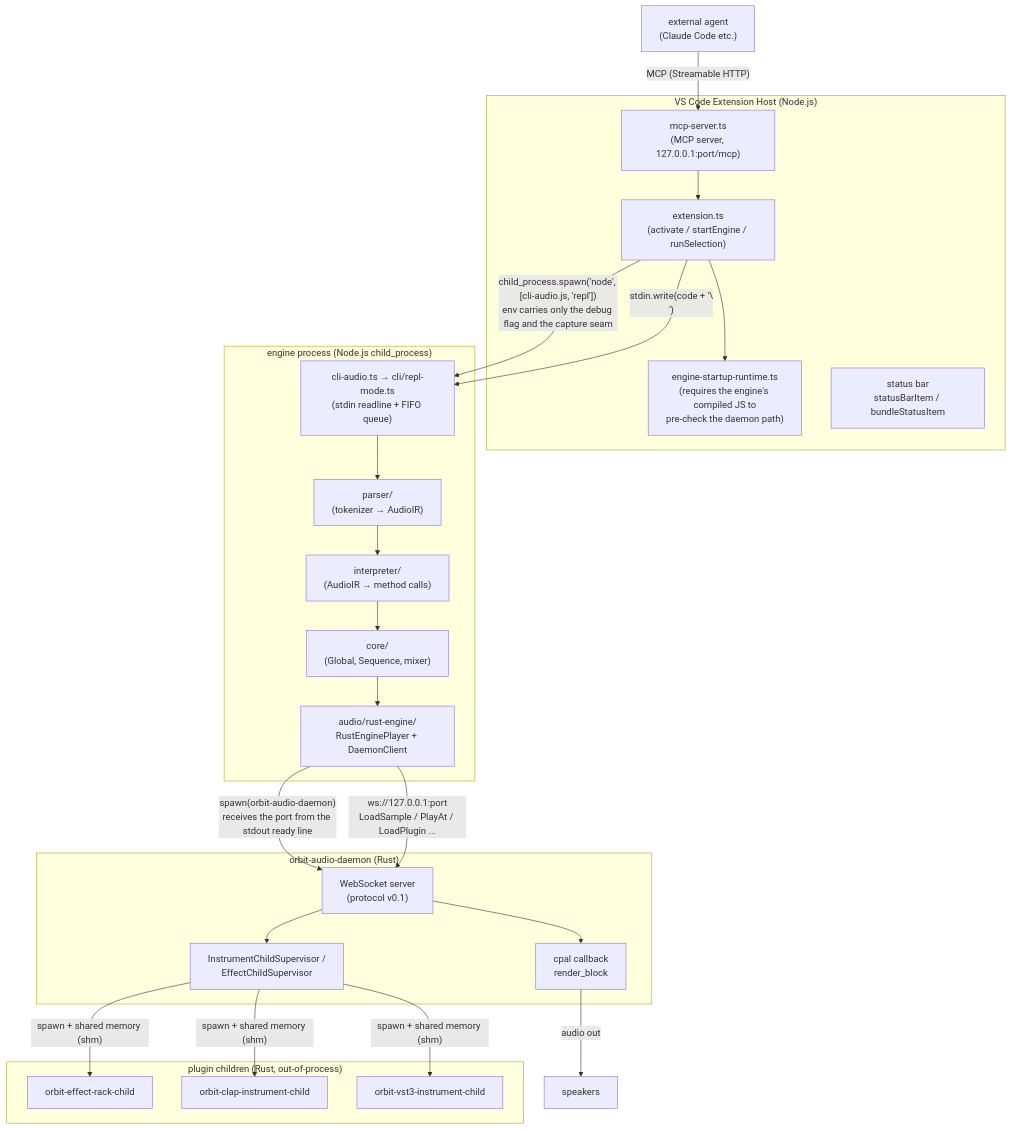
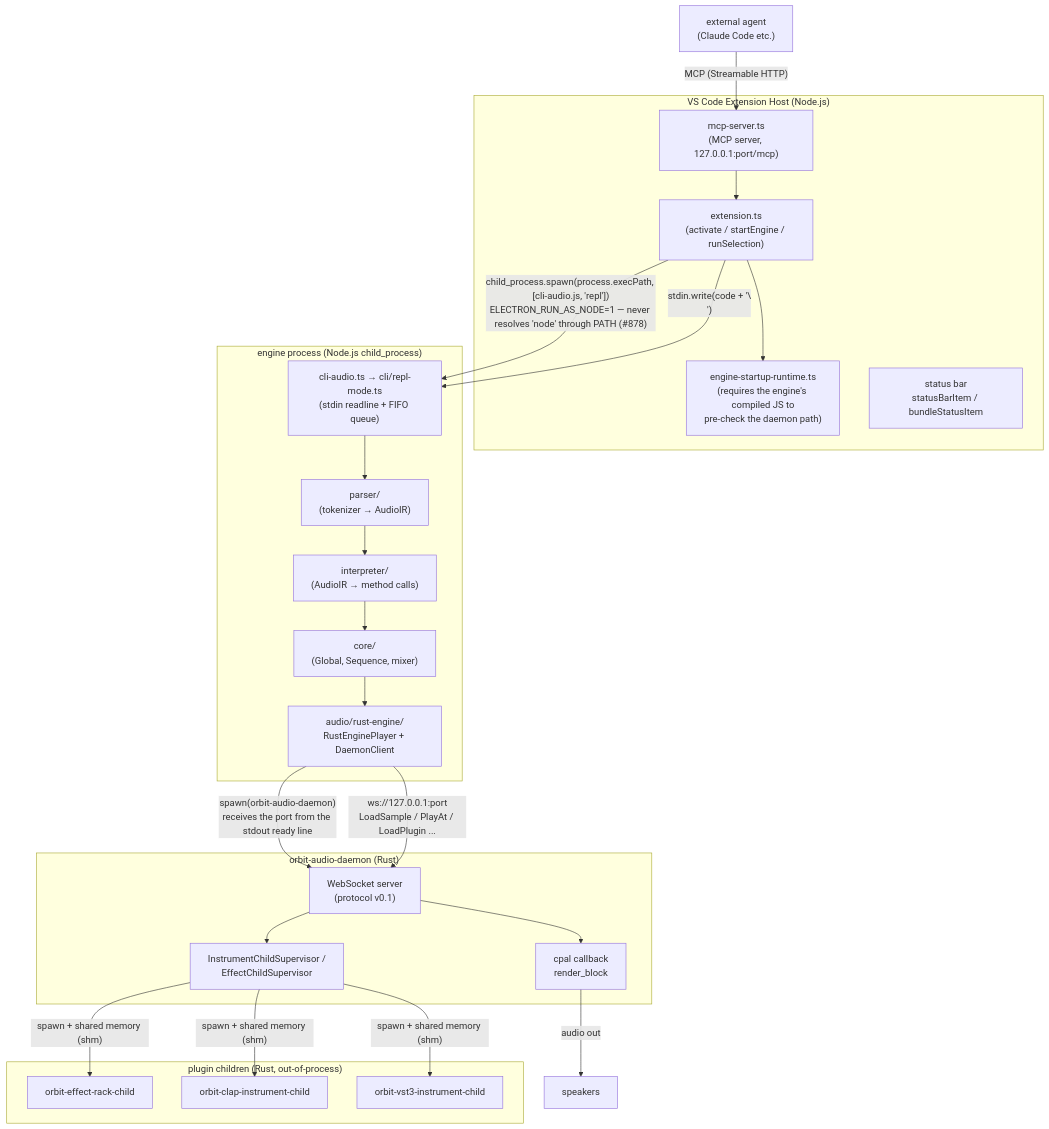
One commit to signalcompose/orbitscore changed the first of 2 diagrams in sites/dev/en/orientation/architecture-overview.md. Above: the diagram before and after it, drawn with Mermaid. The commit also changed other lines of this file and 20 other files, not shown here.

First line of the commit message:
fix(extension): start the engine with VS Code's own Node instead of PATH

````diff
--- a/sites/dev/en/orientation/architecture-overview.md
+++ b/sites/dev/en/orientation/architecture-overview.md
@@ -29,44 +29,44 @@
 ```mermaid
 graph TD
   subgraph "VS Code Extension Host (Node.js)"
     EXT["extension.ts\n(activate / startEngine / runSelection)"]
     MCP["mcp-server.ts\n(MCP server, 127.0.0.1:port/mcp)"]
     RESOLVER["engine-startup-runtime.ts\n(requires the engine's compiled JS to\npre-check the daemon path)"]
     STATUS["status bar\nstatusBarItem / bundleStatusItem"]
   end
 
   subgraph "engine process (Node.js child_process)"
     CLI["cli-audio.ts → cli/repl-mode.ts\n(stdin readline + FIFO queue)"]
     PARSER["parser/\n(tokenizer → AudioIR)"]
     INTERP["interpreter/\n(AudioIR → method calls)"]
     CORE["core/\n(Global, Sequence, mixer)"]
     PLAYER["audio/rust-engine/\nRustEnginePlayer + DaemonClient"]
   end
 
   subgraph "orbit-audio-daemon (Rust)"
     WS["WebSocket server\n(protocol v0.1)"]
     RENDER["cpal callback\nrender_block"]
     SUP["InstrumentChildSupervisor /\nEffectChildSupervisor"]
   end
 
   subgraph "plugin children (Rust, out-of-process)"
     CHILD1["orbit-effect-rack-child"]
     CHILD2["orbit-clap-instrument-child"]
     CHILD3["orbit-vst3-instrument-child"]
   end
 
   AGENT["external agent\n(Claude Code etc.)"] -->|"MCP (Streamable HTTP)"| MCP
   MCP --> EXT
-  EXT -->|"child_process.spawn('node', [cli-audio.js, 'repl'])\nenv carries only the debug flag and the capture seam"| CLI
+  EXT -->|"child_process.spawn(process.execPath, [cli-audio.js, 'repl'])\nELECTRON_RUN_AS_NODE=1 — never resolves 'node' through PATH (#878)"| CLI
   EXT -->|"stdin.write(code + '\\n')"| CLI
   EXT --> RESOLVER
   CLI --> PARSER --> INTERP --> CORE --> PLAYER
   PLAYER -->|"spawn(orbit-audio-daemon)\nreceives the port from the stdout ready line"| WS
   PLAYER -->|"ws://127.0.0.1:port\nLoadSample / PlayAt / LoadPlugin ..."| WS
   WS --> RENDER
   WS --> SUP
   SUP -->|"spawn + shared memory (shm)"| CHILD1
   SUP -->|"spawn + shared memory (shm)"| CHILD2
   SUP -->|"spawn + shared memory (shm)"| CHILD3
   RENDER -->|"audio out"| DAC["speakers"]
 ```
````
